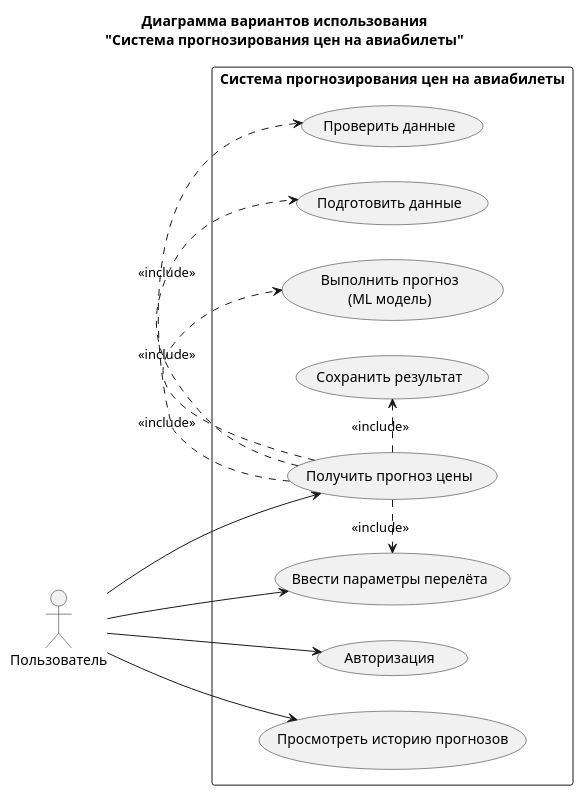
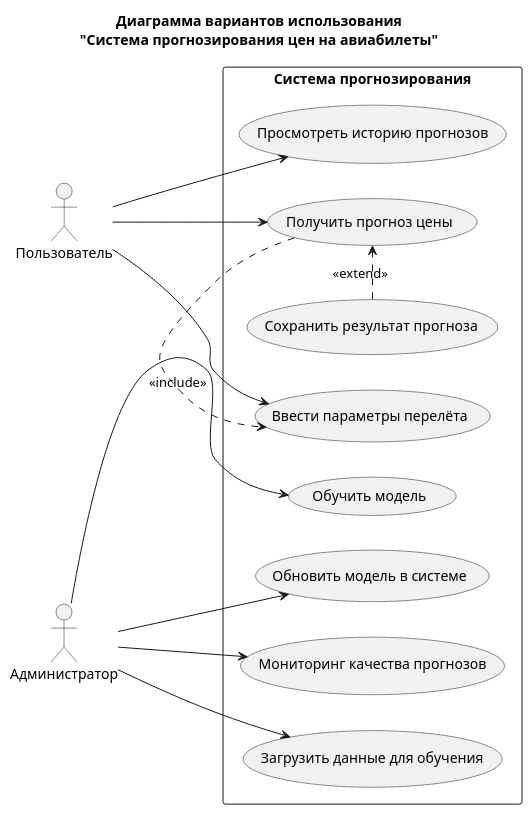
The diagram in spec-langs-8/lab2/code/usecase.puml (Mytyai/4-course), drawn with PlantUML before and after one commit. The commit also changed 6 other files, not shown here.

```diff
--- a/spec-langs-8/lab2/code/usecase.puml
+++ b/spec-langs-8/lab2/code/usecase.puml
@@ -1,31 +1,34 @@
 @startuml
 left to right direction
 title Диаграмма вариантов использования\n"Система прогнозирования цен на авиабилеты"
 
 actor "Пользователь" as User
+actor "Администратор" as Admin
 
-rectangle "Система прогнозирования цен на авиабилеты" {
+rectangle "Система прогнозирования" {
 
-  usecase "Авторизация" as UC1
-  usecase "Ввести параметры перелёта" as UC2
-  usecase "Получить прогноз цены" as UC3
-  usecase "Просмотреть историю прогнозов" as UC4
-  usecase "Проверить данные" as UC5
-  usecase "Подготовить данные" as UC6
-  usecase "Выполнить прогноз\n(ML модель)" as UC7
-  usecase "Сохранить результат" as UC8
+  usecase "Ввести параметры перелёта" as UC1
+  usecase "Получить прогноз цены" as UC2
+  usecase "Просмотреть историю прогнозов" as UC3
+  usecase "Сохранить результат прогноза" as UC4
+
+  usecase "Загрузить данные для обучения" as UC5
+  usecase "Обучить модель" as UC6
+  usecase "Обновить модель в системе" as UC7
+  usecase "Мониторинг качества прогнозов" as UC8
 
 }
 
 User --> UC1
 User --> UC2
 User --> UC3
-User --> UC4
 
-UC3 .> UC2 : <<include>>
-UC3 .> UC5 : <<include>>
-UC3 .> UC6 : <<include>>
-UC3 .> UC7 : <<include>>
-UC3 .> UC8 : <<include>>
+UC2 .> UC1 : <<include>>
+UC4 .> UC2 : <<extend>>
+
+Admin --> UC5
+Admin --> UC6
+Admin --> UC7
+Admin --> UC8
 
 @enduml
```
